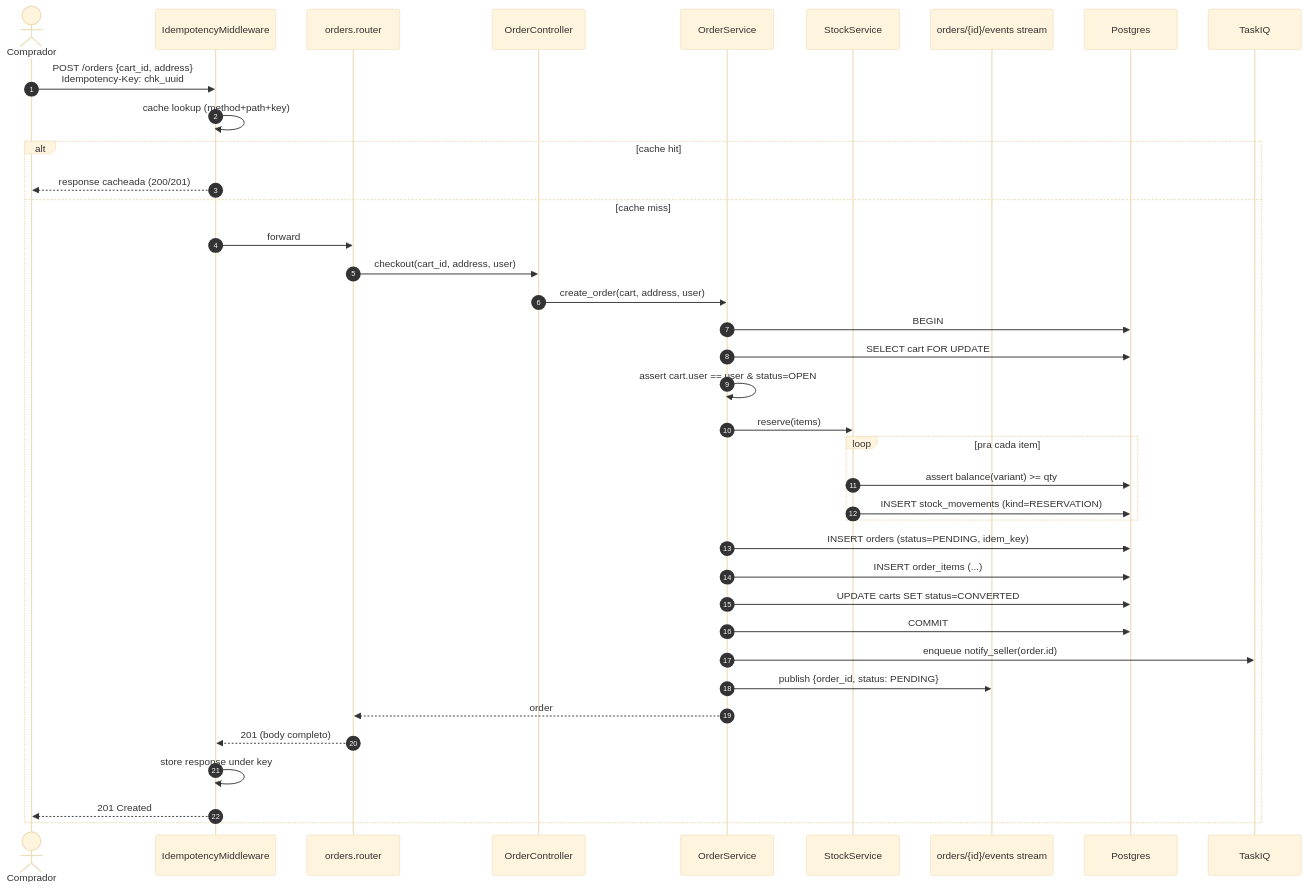
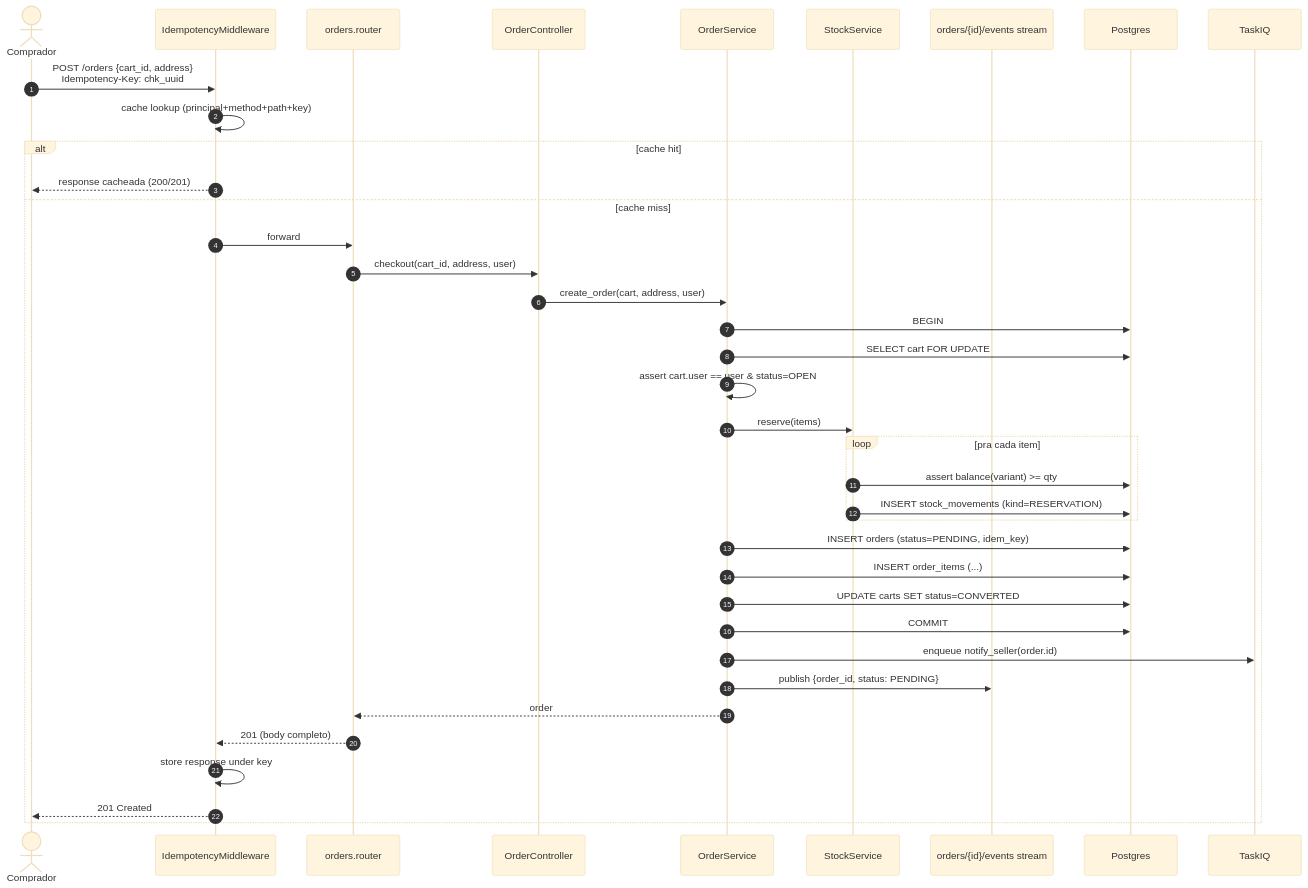
One commit to mauriciobenjamin700/tempest-fastapi-sdk changed the fourth of 8 diagrams in docs/learning/marketplace/flows.md. Above: the diagram before and after it, drawn with Mermaid (base theme). The commit also changed other lines of this file and 22 other files, not shown here.

````diff
--- a/docs/learning/marketplace/flows.md
+++ b/docs/learning/marketplace/flows.md
@@ -134,41 +134,41 @@
 ```mermaid
 sequenceDiagram
     autonumber
     actor B as Comprador
     participant MW as IdempotencyMiddleware
     participant R as orders.router
     participant OC as OrderController
     participant OS as OrderService
     participant SS as StockService
     participant SSE as orders/{id}/events stream
     participant DB as Postgres
     participant Q as TaskIQ
 
     B->>MW: POST /orders {cart_id, address}<br/>Idempotency-Key: chk_uuid
-    MW->>MW: cache lookup (method+path+key)
+    MW->>MW: cache lookup (principal+method+path+key)
     alt cache hit
         MW-->>B: response cacheada (200/201)
     else cache miss
         MW->>R: forward
         R->>OC: checkout(cart_id, address, user)
         OC->>OS: create_order(cart, address, user)
         OS->>DB: BEGIN
         OS->>DB: SELECT cart FOR UPDATE
         OS->>OS: assert cart.user == user & status=OPEN
         OS->>SS: reserve(items)
         loop pra cada item
             SS->>DB: assert balance(variant) >= qty
             SS->>DB: INSERT stock_movements (kind=RESERVATION)
         end
         OS->>DB: INSERT orders (status=PENDING, idem_key)
         OS->>DB: INSERT order_items (...)
         OS->>DB: UPDATE carts SET status=CONVERTED
         OS->>DB: COMMIT
         OS->>Q: enqueue notify_seller(order.id)
         OS->>SSE: publish {order_id, status: PENDING}
         OS-->>R: order
         R-->>MW: 201 (body completo)
         MW->>MW: store response under key
         MW-->>B: 201 Created
     end
 ```
````
